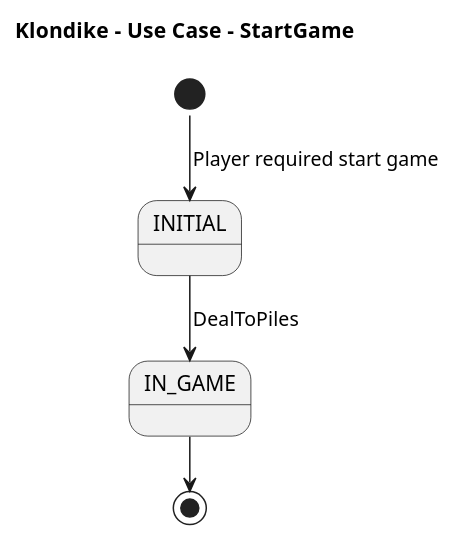
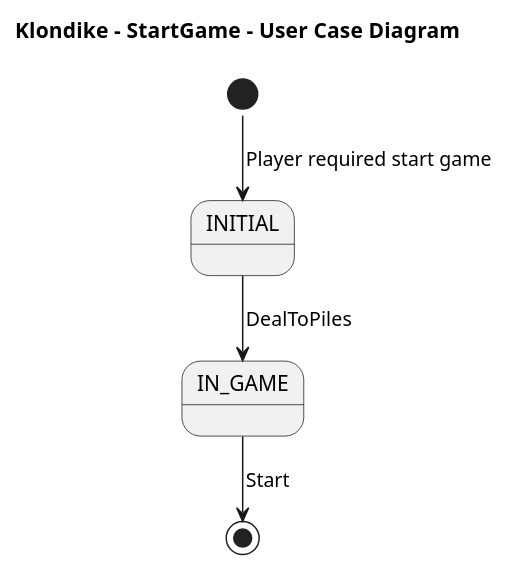
The diagram in 2 Modelo de vistas de caso de uso/Diagrama de caso de uso - Shuffle.plantuml (AngelOS95P/Maestria_IngSoftware_grupo6), drawn with PlantUML before and after one commit. The commit also changed 16 other files, not shown here.

```diff
--- a/2 Modelo de vistas de caso de uso/Diagrama de caso de uso - Shuffle.plantuml
+++ b/2 Modelo de vistas de caso de uso/Diagrama de caso de uso - Shuffle.plantuml
@@ -1,10 +1,12 @@
-@startuml UseCaseStartGame
+@startuml UCStartGame
 !pragma layout smetana
 
-title Klondike  - Use Case - StartGame
+title Klondike  - StartGame - User Case Diagram
 state INITIAL
 state IN_GAME
+
 [*] --> INITIAL:  Player required start game
 INITIAL --> IN_GAME: DealToPiles
-IN_GAME --> [*]
+IN_GAME --> [*]: Start
+
 @enduml
```
